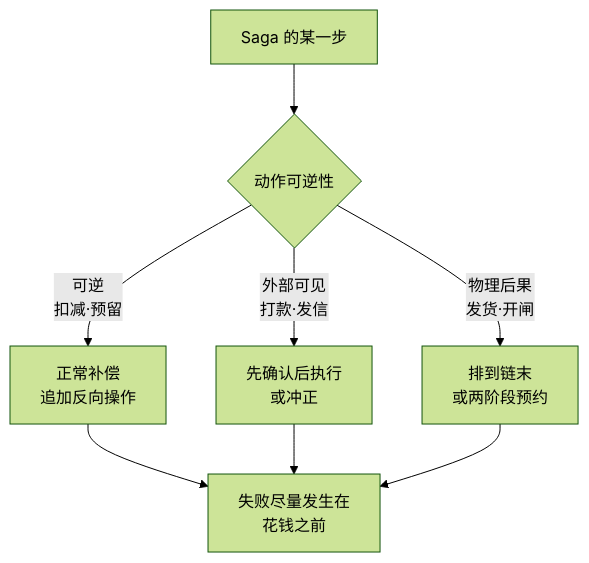
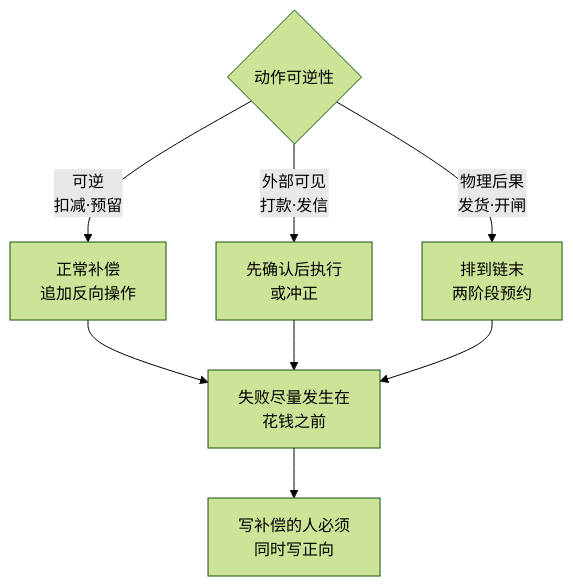
The second of 2 diagrams in vault/工程知识/后端系统：在并发、失败与变化中维持服务/分布式可靠性/Saga把长事务变成补偿链，代价是失去隔离性.md (hub138/technical-knowledge), drawn with Mermaid (forest theme) before and after one commit. The commit also changed other lines of this file and 622 other files, not shown here.

````diff
--- a/vault/工程知识/后端系统：在并发、失败与变化中维持服务/分布式可靠性/Saga把长事务变成补偿链，代价是失去隔离性.md
+++ b/vault/工程知识/后端系统：在并发、失败与变化中维持服务/分布式可靠性/Saga把长事务变成补偿链，代价是失去隔离性.md
@@ -48,10 +87,10 @@
 ```mermaid
 graph TD
-    S["Saga 的某一步"] --> Q{"动作可逆性"}
-    Q -->|"可逆<br/>扣减·预留"| A["正常补偿<br/>追加反向操作"]
+    Q{"动作可逆性"} -->|"可逆<br/>扣减·预留"| A["正常补偿<br/>追加反向操作"]
     Q -->|"外部可见<br/>打款·发信"| B["先确认后执行<br/>或冲正"]
-    Q -->|"物理后果<br/>发货·开闸"| C["排到链末<br/>或两阶段预约"]
+    Q -->|"物理后果<br/>发货·开闸"| C["排到链末<br/>两阶段预约"]
     A --> R["失败尽量发生在<br/>花钱之前"]
     B --> R
     C --> R
+    R --> W["写补偿的人必须<br/>同时写正向"]
 ```
````
